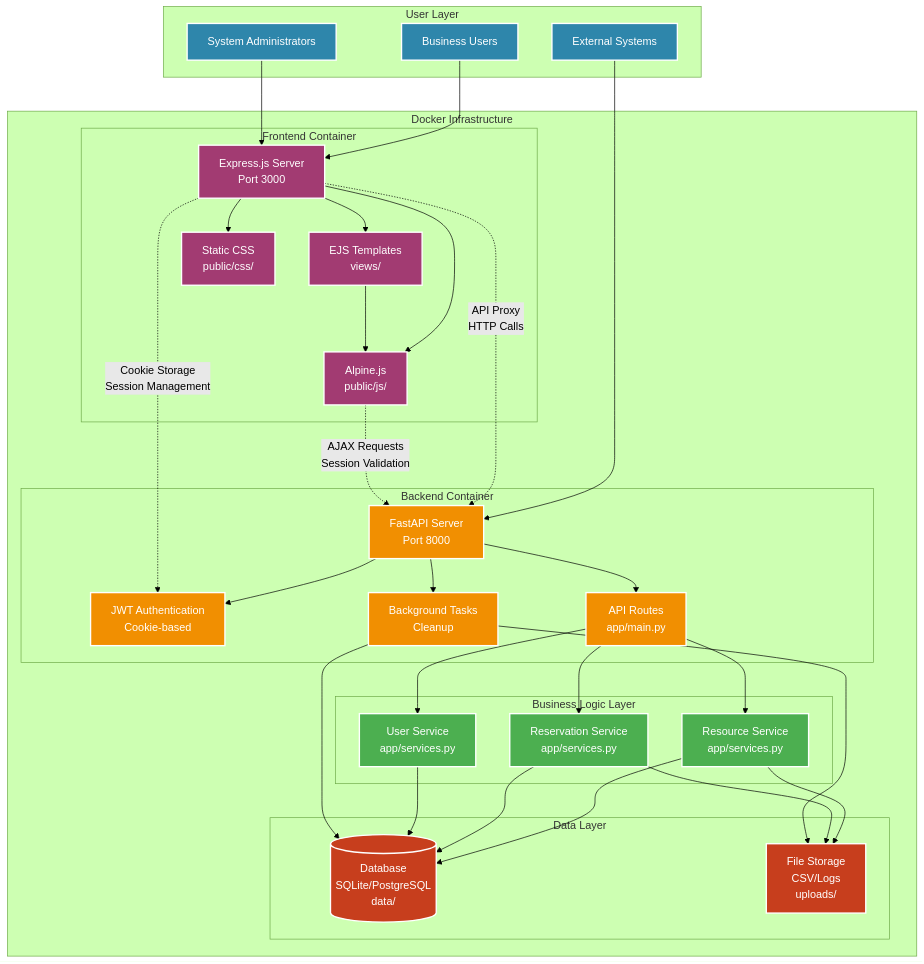
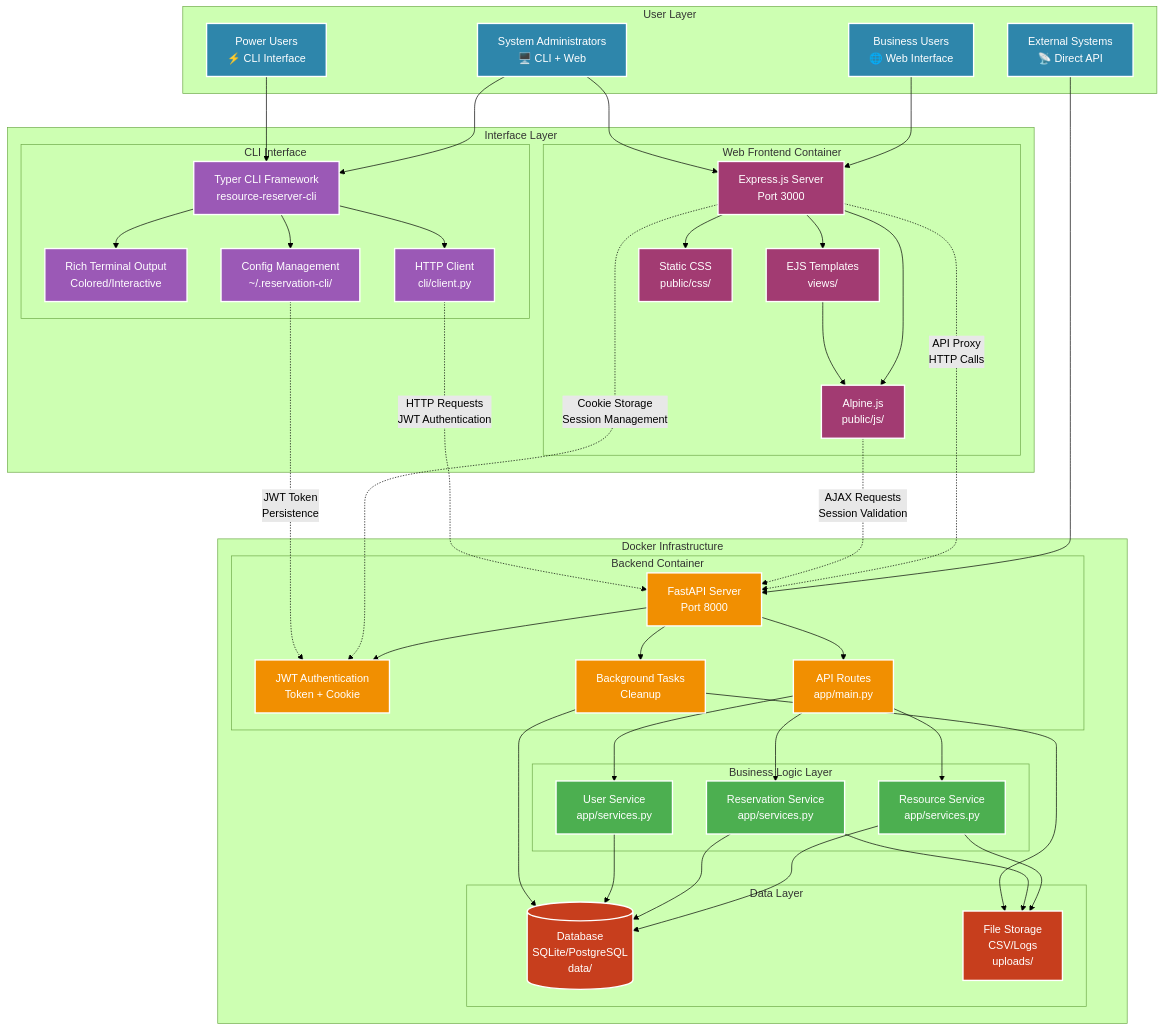
The diagram in README.md (sylvester-francis/Resource-Reserver), drawn with Mermaid (forest theme) before and after one commit. The commit also changed other lines of this file and 1 other file, not shown here.

First line of the commit message:
Add comprehensive CLI documentation and fix availability modal

````diff
--- a/README.md
+++ b/README.md
@@ -123,22 +133,32 @@
 ```mermaid
 graph TB
     subgraph "User Layer"
-        U1[Business Users]
-        U2[System Administrators]
-        U3[External Systems]
+        U1[Business Users<br/>🌐 Web Interface]
+        U2[System Administrators<br/>🖥️ CLI + Web]
+        U3[External Systems<br/>📡 Direct API]
+        U4[Power Users<br/>⚡ CLI Interface]
     end
     
-    subgraph "Docker Infrastructure"
-        subgraph "Frontend Container"
+    subgraph "Interface Layer"
+        subgraph "Web Frontend Container"
             WEB[Express.js Server<br/>Port 3000]
             EJS[EJS Templates<br/>views/]
             ALPINE[Alpine.js<br/>public/js/]
             CSS[Static CSS<br/>public/css/]
         end
         
+        subgraph "CLI Interface"
+            CLI[Typer CLI Framework<br/>resource-reserver-cli]
+            RICH[Rich Terminal Output<br/>Colored/Interactive]
+            CLIENT[HTTP Client<br/>cli/client.py]
+            CONFIG[Config Management<br/>~/.reservation-cli/]
+        end
+    end
+    
+    subgraph "Docker Infrastructure"
         subgraph "Backend Container"
             API[FastAPI Server<br/>Port 8000]
-            AUTH[JWT Authentication<br/>Cookie-based]
+            AUTH[JWT Authentication<br/>Token + Cookie]
             ROUTES[API Routes<br/>app/main.py]
             BG[Background Tasks<br/>Cleanup]
         end
@@ -158,17 +178,25 @@
     %% User connections
     U1 --> WEB
     U2 --> WEB
+    U2 --> CLI
     U3 --> API
+    U4 --> CLI
     
-    %% Frontend architecture
+    %% Web Frontend architecture
     WEB --> EJS
     WEB --> ALPINE
     WEB --> CSS
     EJS --> ALPINE
     
-    %% Frontend to Backend communication
+    %% CLI architecture
+    CLI --> RICH
+    CLI --> CLIENT
+    CLI --> CONFIG
+    
+    %% Interface to Backend communication
     WEB -.->|API Proxy<br/>HTTP Calls| API
     ALPINE -.->|AJAX Requests<br/>Session Validation| API
+    CLIENT -.->|HTTP Requests<br/>JWT Authentication| API
     
     %% Backend internal
     API --> AUTH
@@ -192,15 +220,18 @@
     
     %% Session management
     WEB -.->|Cookie Storage<br/>Session Management| AUTH
+    CONFIG -.->|JWT Token<br/>Persistence| AUTH
     
     %% Styling
     classDef userClass fill:#2E86AB,stroke:#fff,stroke-width:2px,color:#fff
+    classDef interfaceClass fill:#9B59B6,stroke:#fff,stroke-width:2px,color:#fff
     classDef containerClass fill:#A23B72,stroke:#fff,stroke-width:2px,color:#fff
     classDef backendClass fill:#F18F01,stroke:#fff,stroke-width:2px,color:#fff
     classDef serviceClass fill:#4CAF50,stroke:#fff,stroke-width:2px,color:#fff
     classDef dataClass fill:#C73E1D,stroke:#fff,stroke-width:2px,color:#fff
     
-    class U1,U2,U3 userClass
+    class U1,U2,U3,U4 userClass
+    class CLI,RICH,CLIENT,CONFIG interfaceClass
     class WEB,EJS,ALPINE,CSS containerClass
     class API,AUTH,ROUTES,BG backendClass
     class RS,ReS,US serviceClass
````
